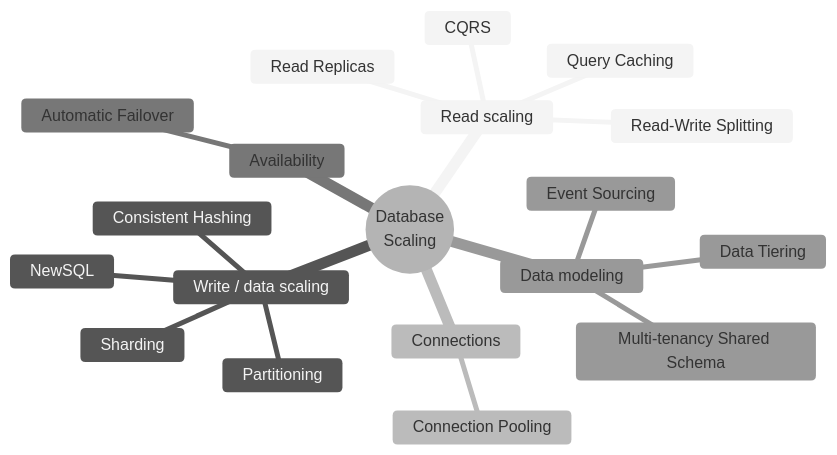
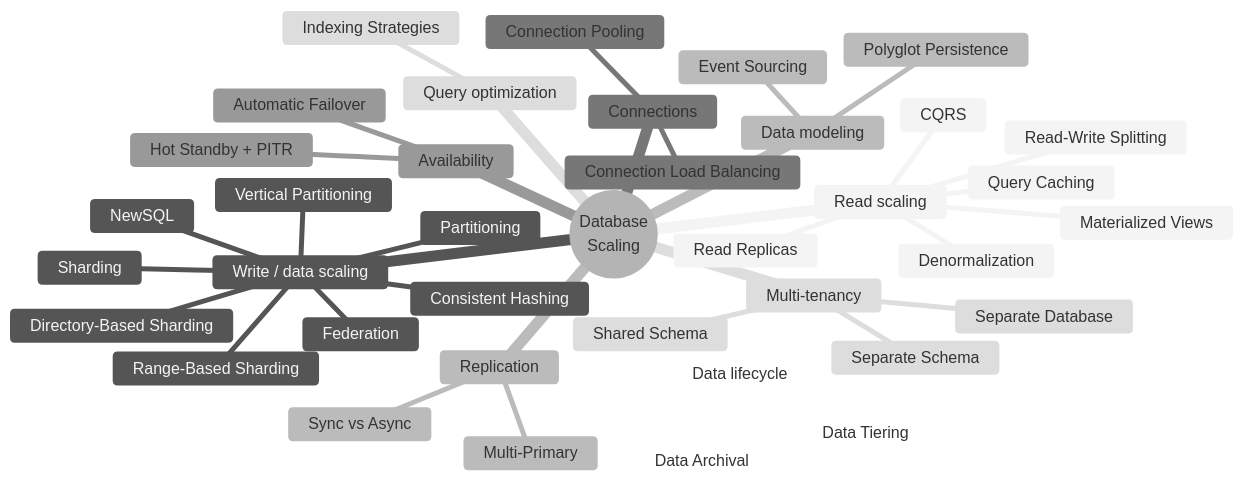
One commit to khofesh/database_scaling_patterns changed the diagram in README.md. Above: the diagram before and after it, drawn with Mermaid (neutral theme). The commit also changed other lines of this file and 121 other files, not shown here.

````diff
--- a/README.md
+++ b/README.md
@@ -11,22 +11,41 @@
 ```mermaid
 mindmap
   root((Database<br/>Scaling))
     Read scaling
       Read Replicas
       Read-Write Splitting
       Query Caching
+      Materialized Views
+      Denormalization
       CQRS
     Write / data scaling
       Partitioning
+      Vertical Partitioning
       Sharding
       Consistent Hashing
+      Directory-Based Sharding
+      Range-Based Sharding
+      Federation
       NewSQL
+    Replication
+      Multi-Primary
+      Sync vs Async
     Connections
       Connection Pooling
+      Connection Load Balancing
     Availability
       Automatic Failover
+      Hot Standby + PITR
+    Query optimization
+      Indexing Strategies
+    Data lifecycle
+      Data Tiering
+      Data Archival
+    Multi-tenancy
+      Shared Schema
+      Separate Schema
+      Separate Database
     Data modeling
       Event Sourcing
-      Multi-tenancy Shared Schema
-      Data Tiering
+      Polyglot Persistence
 ```
````
